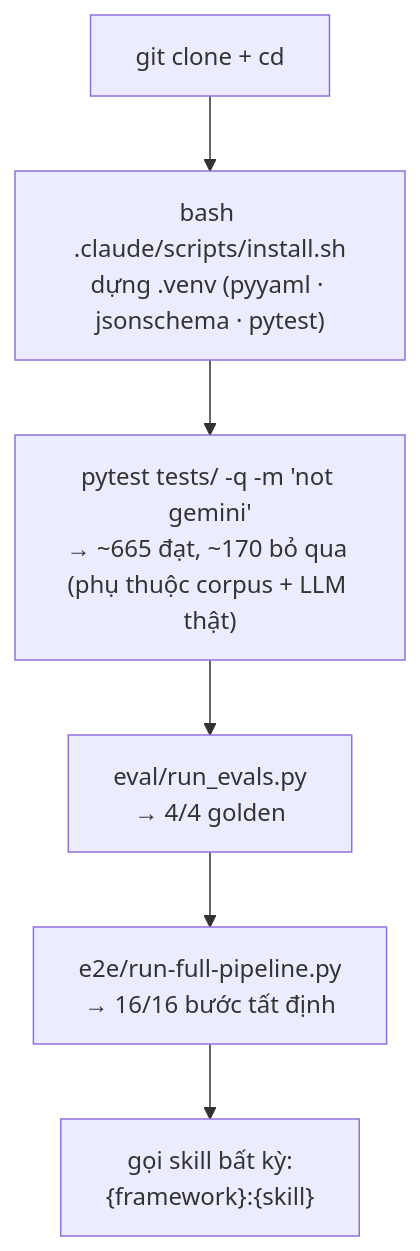
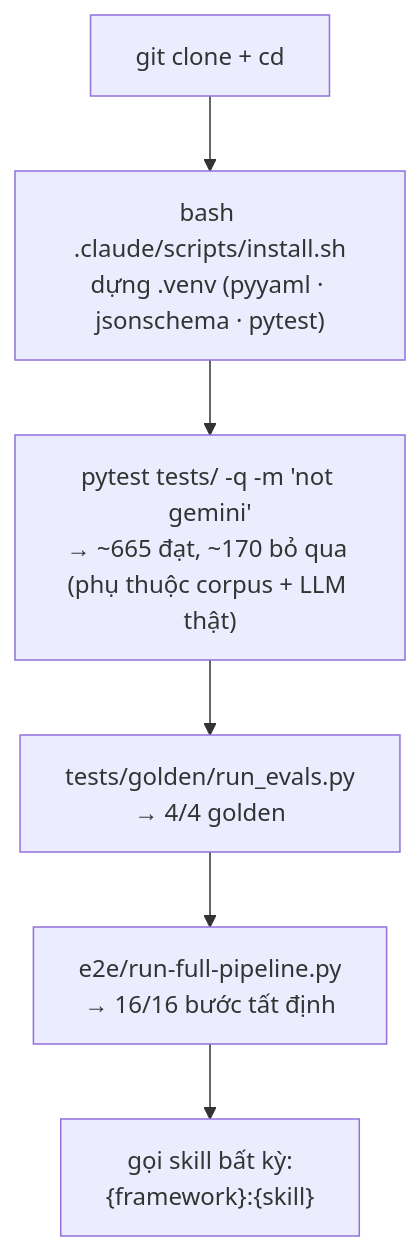
Before and after one commit to hieubui2409/human-analyzer: the tenth of 10 diagrams in README.md, drawn with Mermaid. The commit also changed other lines of this file, not shown here.

````diff
--- a/README.md
+++ b/README.md
@@ -576,8 +618,8 @@
 ```mermaid
 flowchart TD
     S0["git clone + cd"] --> S1["bash .claude/scripts/install.sh<br/>dựng .venv (pyyaml · jsonschema · pytest)"]
     S1 --> S2["pytest tests/ -q -m 'not gemini'<br/>→ ~665 đạt, ~170 bỏ qua (phụ thuộc corpus + LLM thật)"]
-    S2 --> S3["eval/run_evals.py<br/>→ 4/4 golden"]
+    S2 --> S3["tests/golden/run_evals.py<br/>→ 4/4 golden"]
     S3 --> S4["e2e/run-full-pipeline.py<br/>→ 16/16 bước tất định"]
     S4 --> S5["gọi skill bất kỳ:<br/>{framework}:{skill}"]
 ```
````
